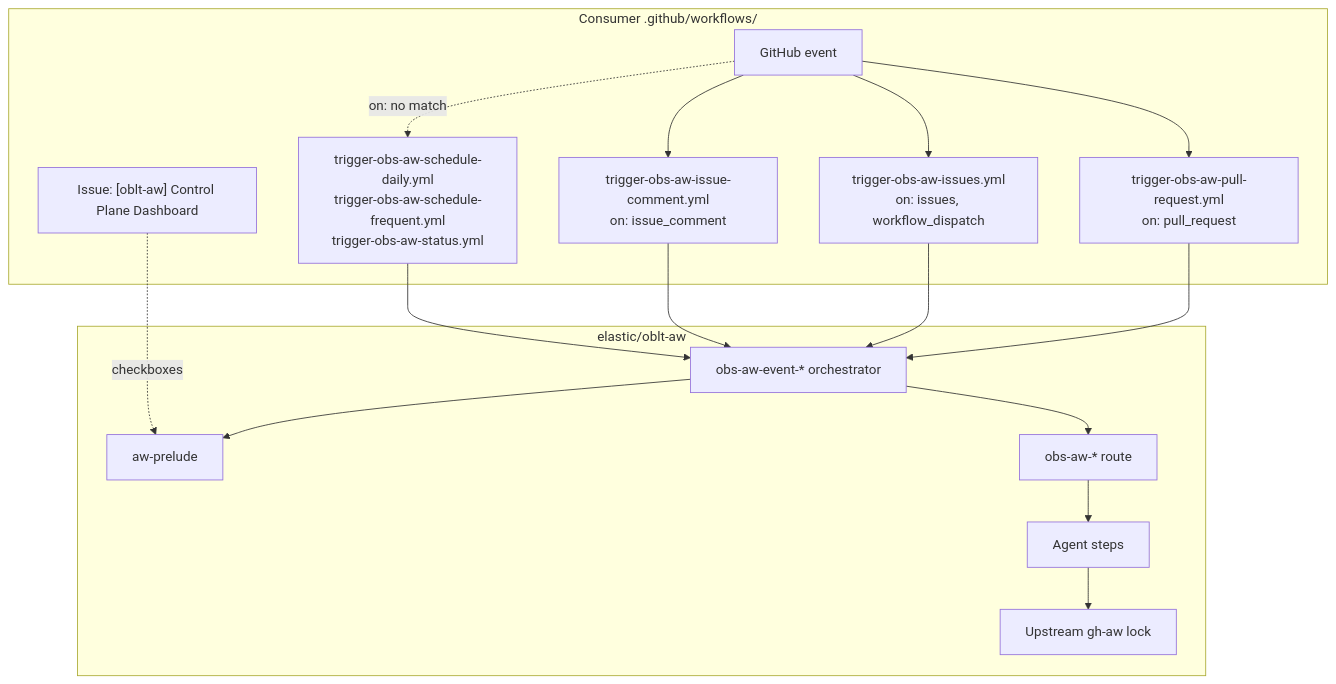
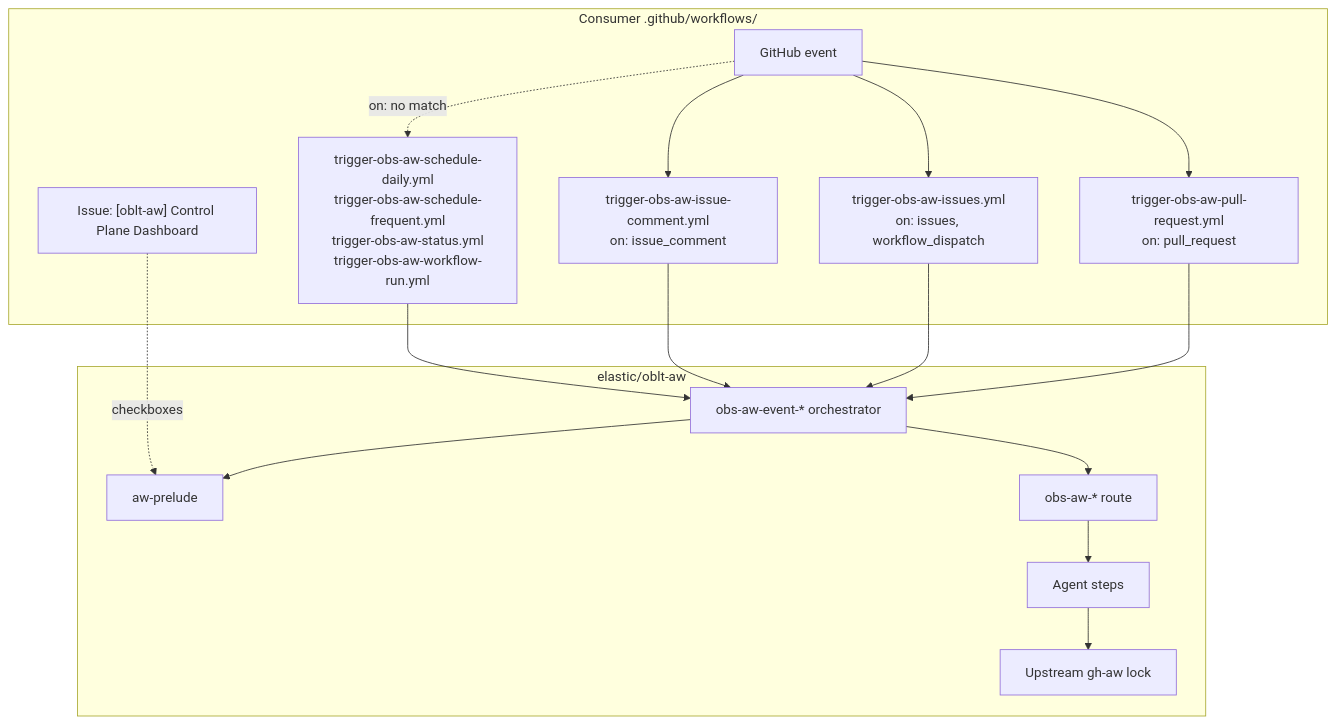
Before and after one commit to elastic/oblt-aw: the diagram in docs/workflows/obs-aw-client-template.md, drawn with Mermaid. The commit also changed other lines of this file and 39 other files, not shown here.

First line of the commit message:
feat(workflows): add PR Actions Detective on workflow_run (#2054)

````diff
--- a/docs/workflows/obs-aw-client-template.md
+++ b/docs/workflows/obs-aw-client-template.md
@@ -21,32 +21,32 @@
 ```mermaid
 flowchart TB
   subgraph Consumer["Consumer .github/workflows/"]
     EVT["GitHub event"]
     C_PR["trigger-obs-aw-pull-request.yml\non: pull_request"]
     C_ISS["trigger-obs-aw-issues.yml\non: issues, workflow_dispatch"]
     C_COM["trigger-obs-aw-issue-comment.yml\non: issue_comment"]
-    C_SCH["trigger-obs-aw-schedule-daily.yml\ntrigger-obs-aw-schedule-frequent.yml\ntrigger-obs-aw-status.yml"]
+    C_SCH["trigger-obs-aw-schedule-daily.yml\ntrigger-obs-aw-schedule-frequent.yml\ntrigger-obs-aw-status.yml\ntrigger-obs-aw-workflow-run.yml"]
     DASH["Issue: [oblt-aw] Control Plane Dashboard"]
     EVT --> C_PR
     EVT --> C_ISS
     EVT --> C_COM
     EVT -.->|on: no match| C_SCH
   end
 
   subgraph OBLT["elastic/oblt-aw"]
     ORCH["obs-aw-event-* orchestrator"]
     CTX["aw-prelude"]
     R["obs-aw-* route"]
     AG["Agent steps"]
     LOCK["Upstream gh-aw lock"]
     ORCH --> CTX
     ORCH --> R
     R --> AG --> LOCK
   end
 
   DASH -.->|checkboxes| CTX
   C_PR --> ORCH
   C_ISS --> ORCH
   C_COM --> ORCH
   C_SCH --> ORCH
 ```
````
